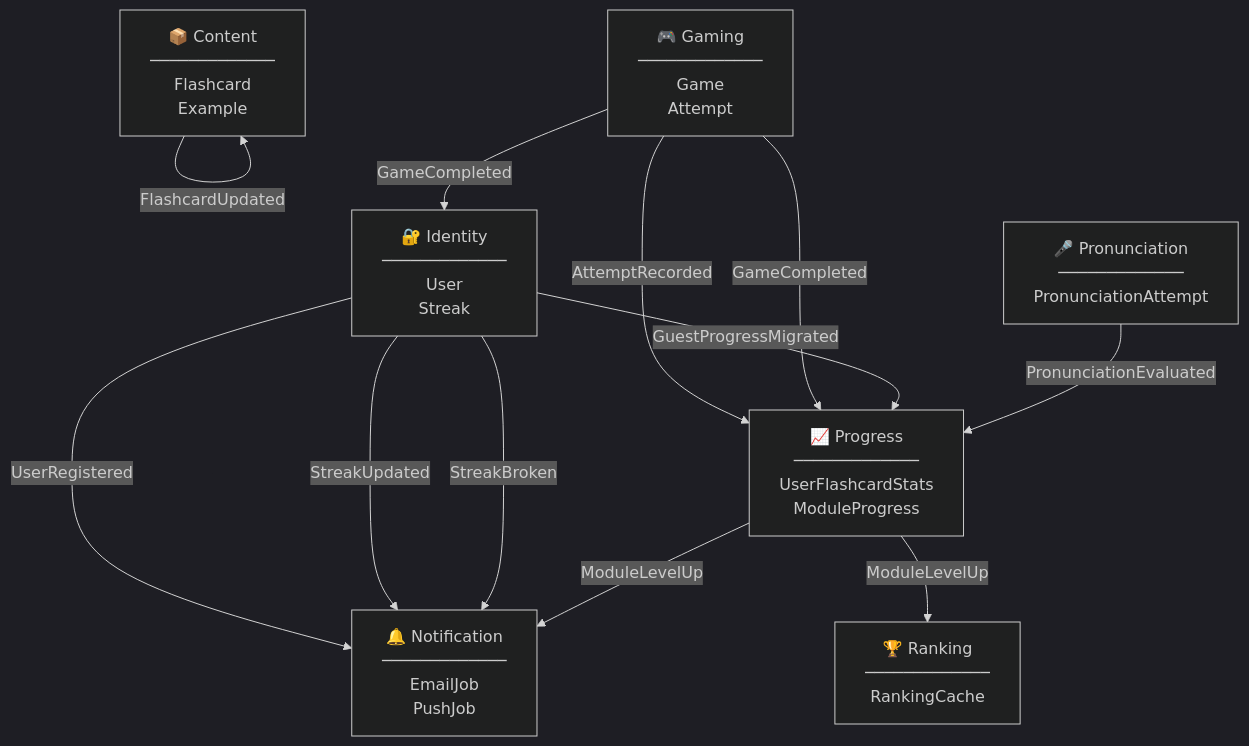
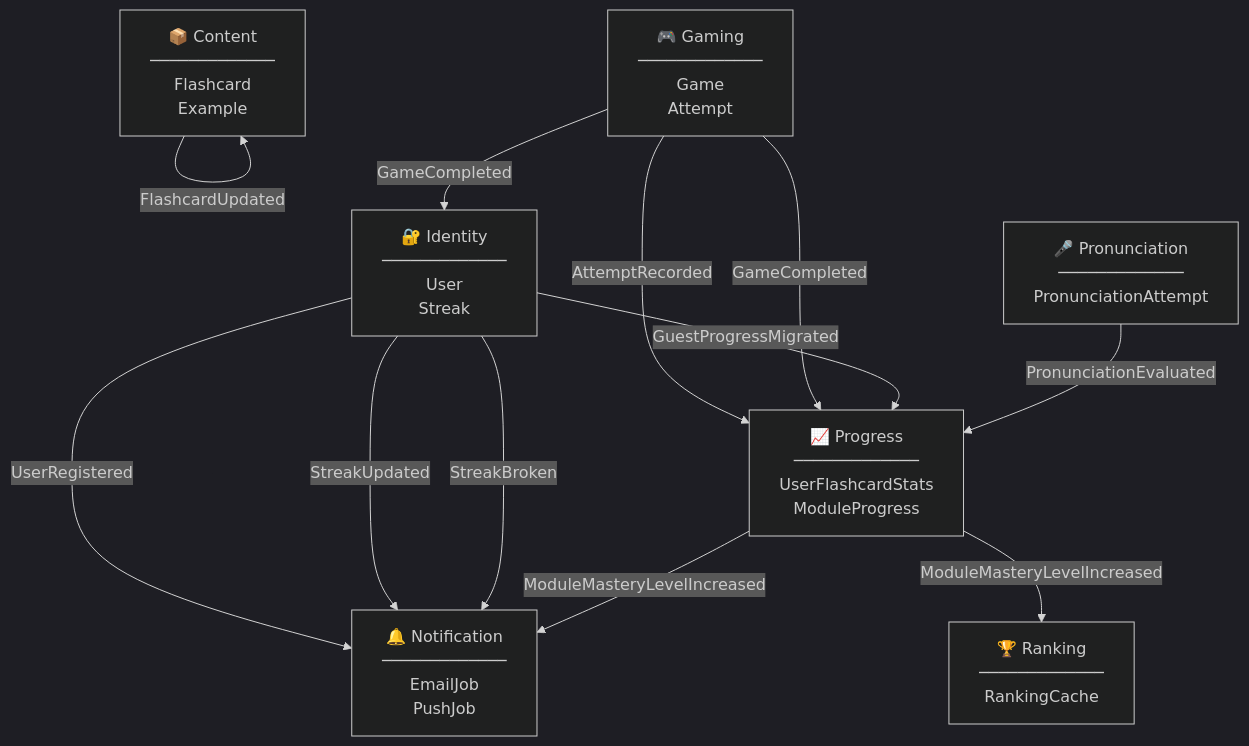
One commit to AbrahamVilchesDeLaCruz/ididntcatchthat changed the diagram in docs/domain/bounded-contexts.md. Above: the diagram before and after it, drawn with Mermaid (dark theme). The commit also changed other lines of this file and 22 other files, not shown here.

````diff
--- a/docs/domain/bounded-contexts.md
+++ b/docs/domain/bounded-contexts.md
@@ -9,27 +9,27 @@
 ```mermaid
 graph TB
     Identity["🔐 Identity\n─────────────\nUser\nStreak"]
     Content["📦 Content\n─────────────\nFlashcard\nExample"]
     Gaming["🎮 Gaming\n─────────────\nGame\nAttempt"]
     Progress["📈 Progress\n─────────────\nUserFlashcardStats\nModuleProgress"]
     Pronunciation["🎤 Pronunciation\n─────────────\nPronunciationAttempt"]
     Ranking["🏆 Ranking\n─────────────\nRankingCache"]
     Notification["🔔 Notification\n─────────────\nEmailJob\nPushJob"]
 
     Gaming -->|AttemptRecorded| Progress
     Gaming -->|GameCompleted| Progress
     Gaming -->|GameCompleted| Identity
 
     Content -->|FlashcardCreated| Content
     Content -->|FlashcardUpdated| Content
 
     Identity -->|UserRegistered| Notification
     Identity -->|StreakUpdated| Notification
     Identity -->|StreakBroken| Notification
     Identity -->|GuestProgressMigrated| Progress
 
-    Progress -->|ModuleLevelUp| Notification
-    Progress -->|ModuleLevelUp| Ranking
+    Progress -->|ModuleMasteryLevelIncreased| Notification
+    Progress -->|ModuleMasteryLevelIncreased| Ranking
 
     Pronunciation -->|PronunciationEvaluated| Progress
 ```
````
